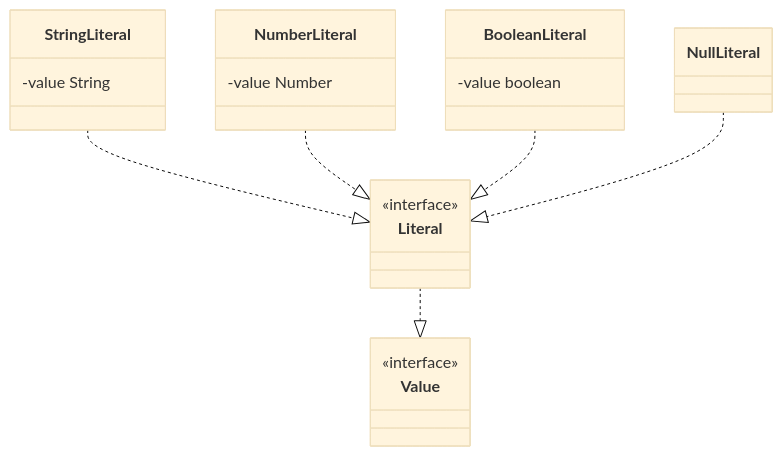
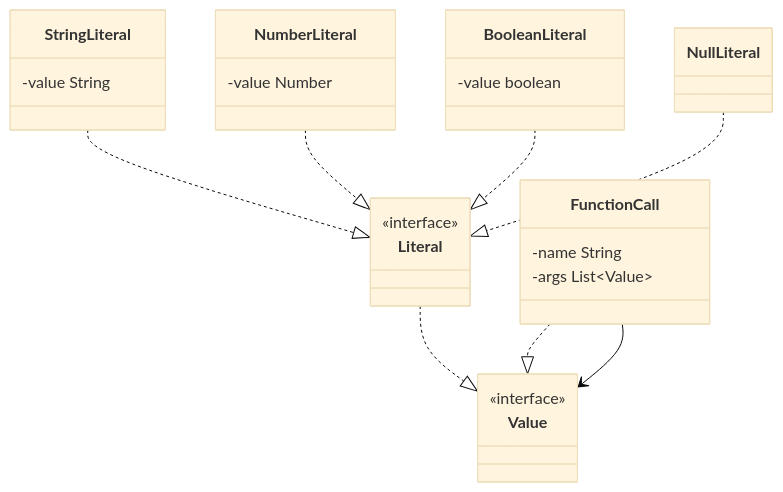
One commit to safarislava/QueryBricks changed the seventh of 9 diagrams in docs/domain.md. Above: the diagram before and after it, drawn with Mermaid (base theme). The commit also changed other lines of this file, not shown here.

````diff
--- a/docs/domain.md
+++ b/docs/domain.md
@@ -157,29 +157,36 @@
 ```mermaid
 classDiagram
     class Value {
         <<interface>>
     }
     
     class Literal {
         <<interface>>
     }
     Literal ..|> Value
 
     class StringLiteral {
         -value String
     }
     StringLiteral ..|> Literal
 
     class NumberLiteral {
         -value Number
     }
     NumberLiteral ..|> Literal
 
     class BooleanLiteral {
         -value boolean
     }
     BooleanLiteral ..|> Literal
 
     class NullLiteral
     NullLiteral ..|> Literal
+
+    class FunctionCall {
+        -name String
+        -args List~Value~
+    }
+    FunctionCall ..|> Value
+    FunctionCall --> Value
 ```
````
